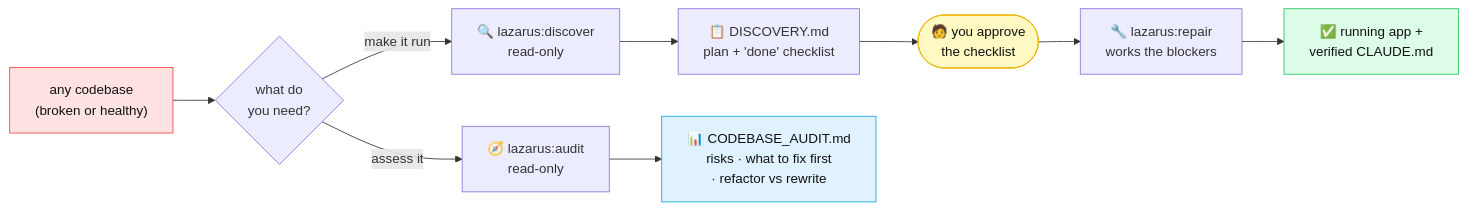
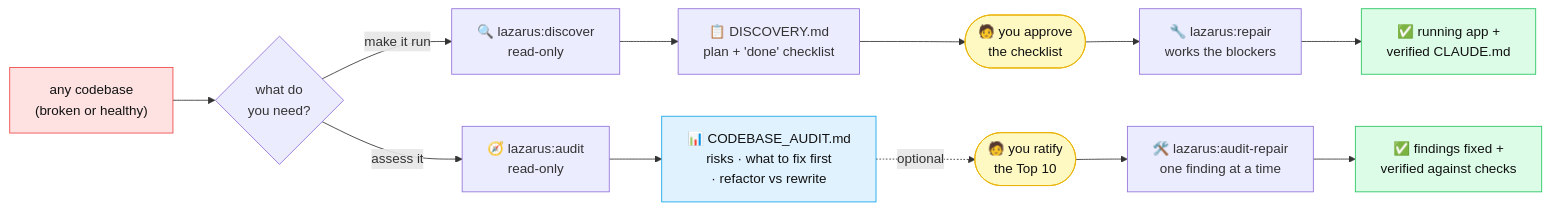
One commit to CognitiveCodeAI/lazarus changed the diagram in README.md. Above: the diagram before and after it, drawn with Mermaid. The commit also changed other lines of this file, not shown here.

````diff
--- a/README.md
+++ b/README.md
@@ -81,18 +81,23 @@
 ```mermaid
 flowchart LR
     A["any codebase<br/>(broken or healthy)"] --> B{what do<br/>you need?}
 
     B -->|make it run| C["🔍 lazarus:discover<br/>read-only"]
     C --> D["📋 DISCOVERY.md<br/>plan + 'done' checklist"]
     D --> E(["🧑 you approve<br/>the checklist"])
     E --> F["🔧 lazarus:repair<br/>works the blockers"]
     F --> G["✅ running app +<br/>verified CLAUDE.md"]
 
     B -->|assess it| H["🧭 lazarus:audit<br/>read-only"]
     H --> I["📊 CODEBASE_AUDIT.md<br/>risks · what to fix first<br/>· refactor vs rewrite"]
+    I -.->|"optional"| J(["🧑 you ratify<br/>the Top 10"])
+    J --> K["🛠️ lazarus:audit-repair<br/>one finding at a time"]
+    K --> L["✅ findings fixed +<br/>verified against checks"]
 
     style A fill:#fee2e2,stroke:#ef4444,color:#111
     style G fill:#dcfce7,stroke:#22c55e,color:#111
     style I fill:#e0f2fe,stroke:#0ea5e9,color:#111
     style E fill:#fef9c3,stroke:#eab308,color:#111
+    style J fill:#fef9c3,stroke:#eab308,color:#111
+    style L fill:#dcfce7,stroke:#22c55e,color:#111
 ```
````
